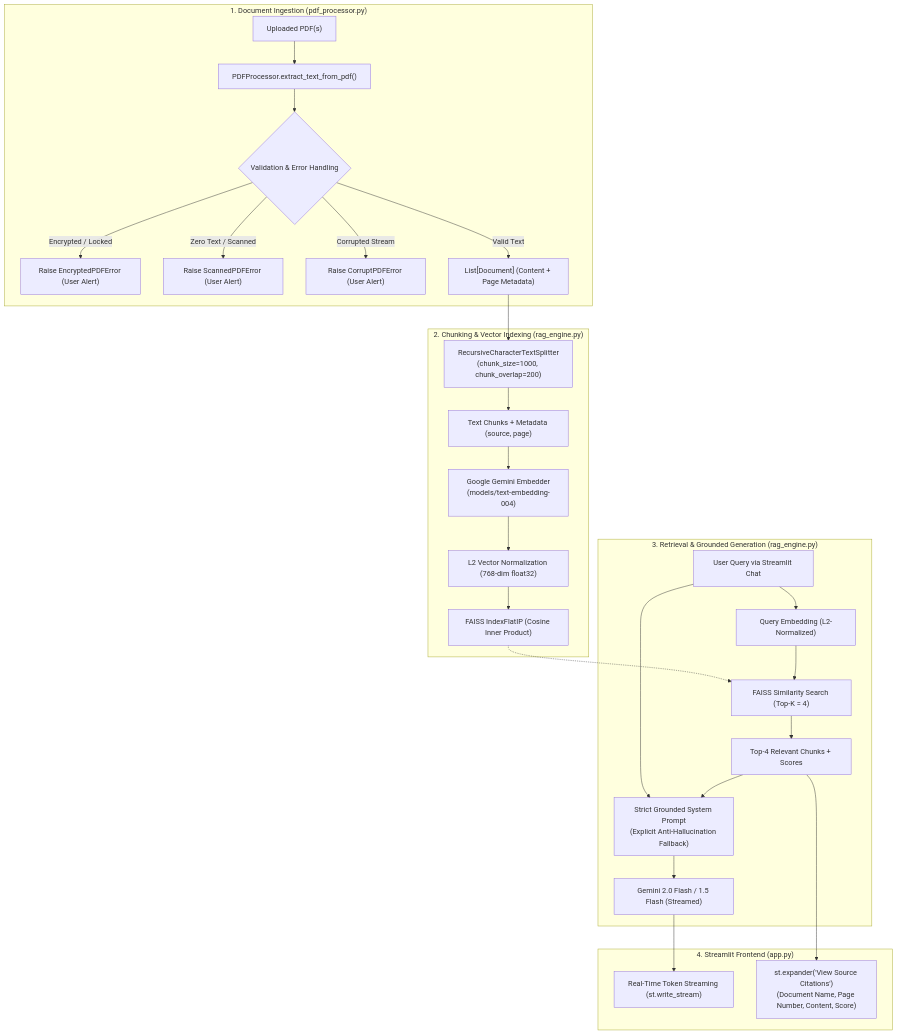
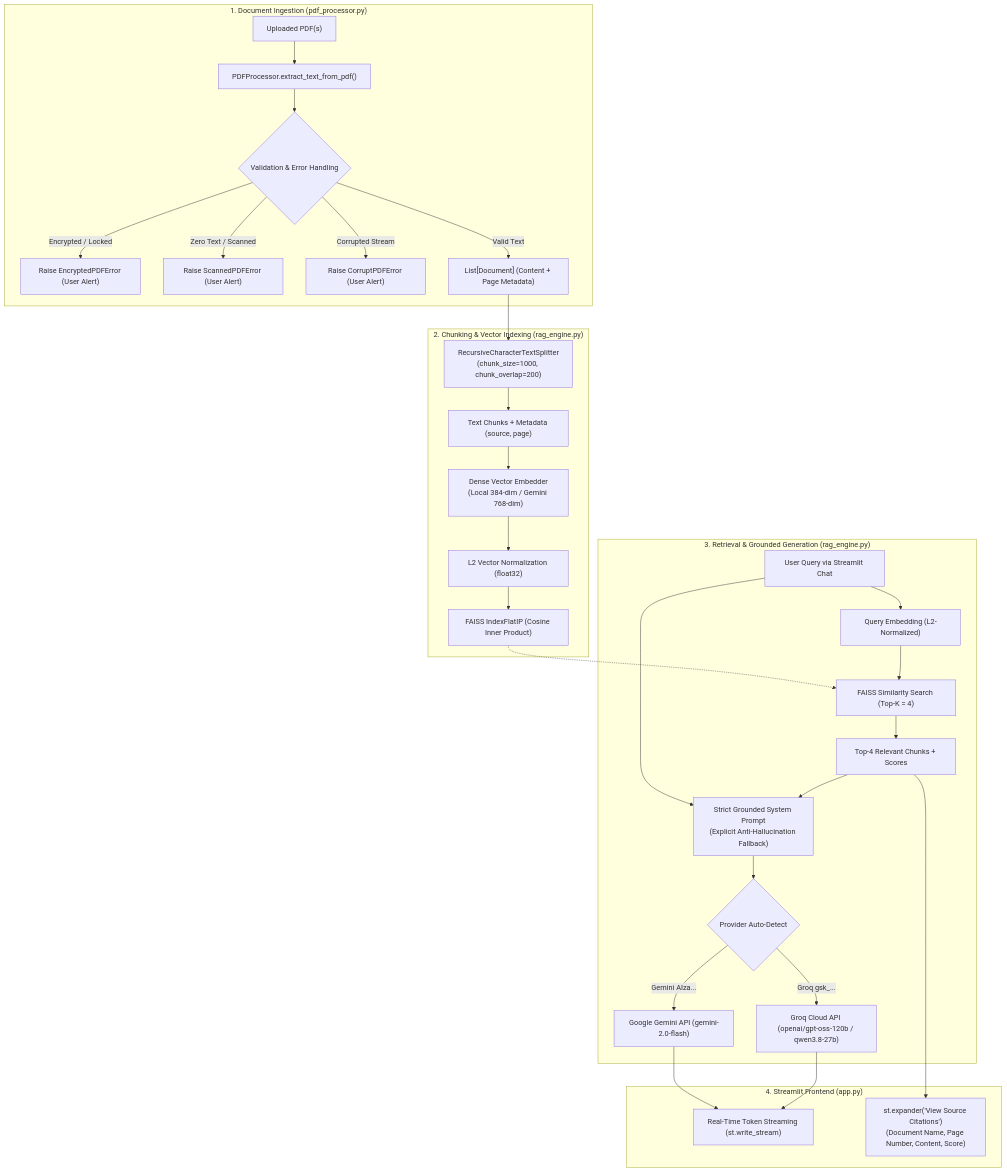
One commit to khrishChauhan/ghanextech-technical-assessment changed the diagram in task-01-rag/README.md. Above: the diagram before and after it, drawn with Mermaid. The commit also changed other lines of this file and 4 other files, not shown here.

Commit message:
feat(rag): add Groq Cloud API provider with ultra-fast LLM streaming and local embeddings

````diff
--- a/task-01-rag/README.md
+++ b/task-01-rag/README.md
@@ -9,34 +9,36 @@
 ```mermaid
 flowchart TD
     subgraph Ingestion ["1. Document Ingestion (pdf_processor.py)"]
         Upload["Uploaded PDF(s)"] --> Processor["PDFProcessor.extract_text_from_pdf()"]
         Processor --> Validation{"Validation & Error Handling"}
         Validation -->|Encrypted / Locked| EncAlert["Raise EncryptedPDFError (User Alert)"]
         Validation -->|Zero Text / Scanned| ScanAlert["Raise ScannedPDFError (User Alert)"]
         Validation -->|Corrupted Stream| CorpAlert["Raise CorruptPDFError (User Alert)"]
         Validation -->|Valid Text| DocList["List[Document] (Content + Page Metadata)"]
     end
 
     subgraph Indexing ["2. Chunking & Vector Indexing (rag_engine.py)"]
         DocList --> Chunker["RecursiveCharacterTextSplitter\n(chunk_size=1000, chunk_overlap=200)"]
         Chunker --> Chunks["Text Chunks + Metadata (source, page)"]
-        Chunks --> Embedder["Google Gemini Embedder\n(models/text-embedding-004)"]
-        Embedder --> Norm["L2 Vector Normalization (768-dim float32)"]
+        Chunks --> Embedder["Dense Vector Embedder\n(Local 384-dim / Gemini 768-dim)"]
+        Embedder --> Norm["L2 Vector Normalization (float32)"]
         Norm --> FAISS["FAISS IndexFlatIP (Cosine Inner Product)"]
     end
 
     subgraph QueryPipeline ["3. Retrieval & Grounded Generation (rag_engine.py)"]
         UserQ["User Query via Streamlit Chat"] --> QEmbed["Query Embedding (L2-Normalized)"]
         QEmbed --> SimSearch["FAISS Similarity Search (Top-K = 4)"]
         FAISS -.-> SimSearch
         SimSearch --> RetrievedPassages["Top-4 Relevant Chunks + Scores"]
         RetrievedPassages --> GroundedPrompt["Strict Grounded System Prompt\n(Explicit Anti-Hallucination Fallback)"]
         UserQ --> GroundedPrompt
-        GroundedPrompt --> GeminiLLM["Gemini 2.0 Flash / 1.5 Flash (Streamed)"]
+        GroundedPrompt --> LLMProvider{"Provider Auto-Detect"}
+        LLMProvider -->|Groq gsk_...| GroqLLM["Groq Cloud API (openai/gpt-oss-120b / qwen3.8-27b)"]
+        LLMProvider -->|Gemini AIza...| GeminiLLM["Google Gemini API (gemini-2.0-flash)"]
     end
 
     subgraph UI ["4. Streamlit Frontend (app.py)"]
-        GeminiLLM --> StreamResponse["Real-Time Token Streaming (st.write_stream)"]
+        GroqLLM & GeminiLLM --> StreamResponse["Real-Time Token Streaming (st.write_stream)"]
         RetrievedPassages --> CitationExpander["st.expander('View Source Citations')\n(Document Name, Page Number, Content, Score)"]
     end
 ```
````
